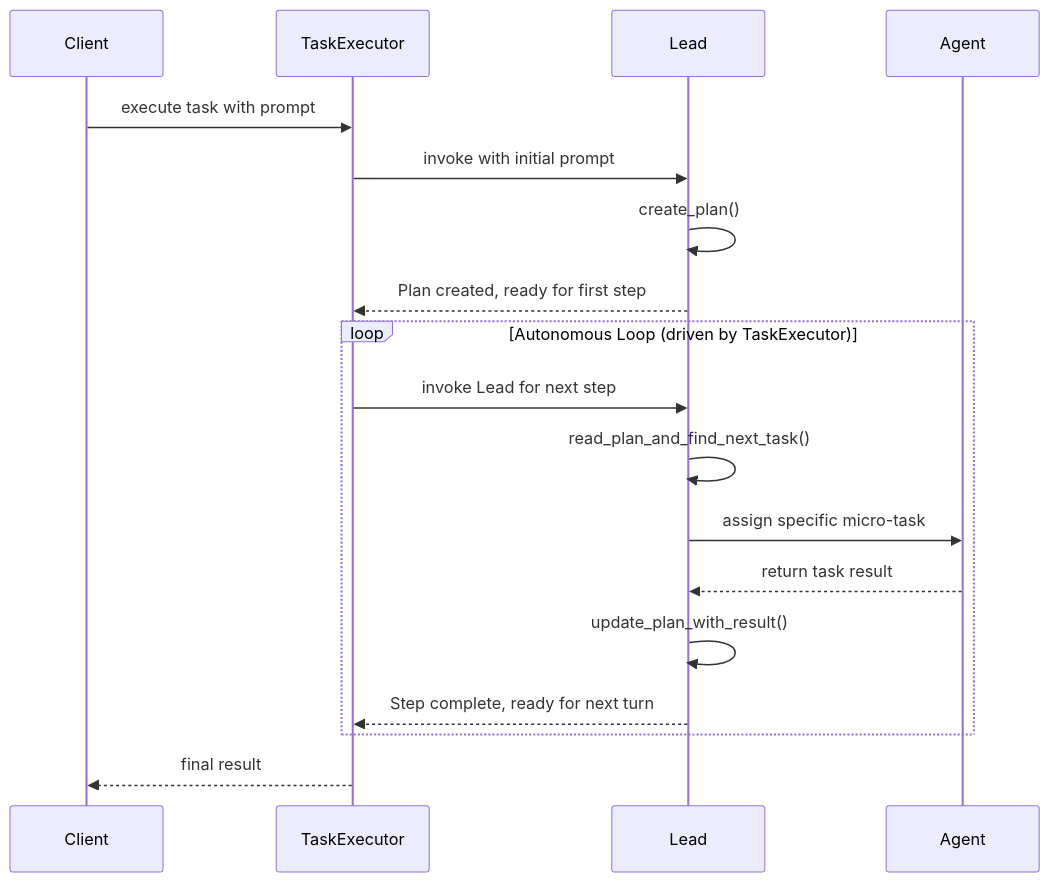
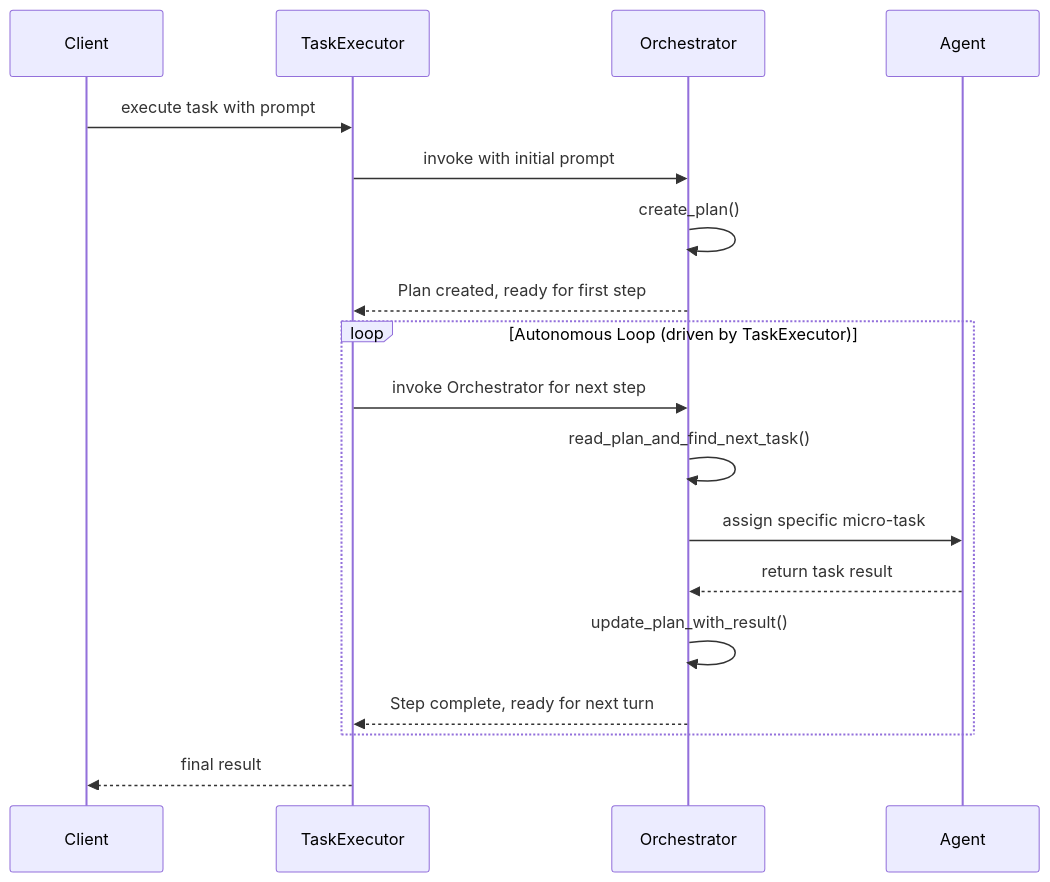
One commit to dustland/agentx changed the third of 5 diagrams in docs/content/docs/design/overview.mdx. Above: the diagram before and after it, drawn with Mermaid. The commit also changed other lines of this file and 20 other files, not shown here.

First line of the commit message:
refactor: rename Lead to Orchestrator and update related documentation

````diff
--- a/docs/content/docs/design/overview.mdx
+++ b/docs/content/docs/design/overview.mdx
@@ -185,23 +185,23 @@
 ```mermaid
 sequenceDiagram
     participant C as Client
     participant TX as TaskExecutor
-    participant L as Lead
+    participant L as Orchestrator
     participant AG as Agent
 
     C->>TX: execute task with prompt
     TX->>L: invoke with initial prompt
     L->>L: create_plan()
     L-->>TX: Plan created, ready for first step
 
     loop Autonomous Loop (driven by TaskExecutor)
-        TX->>L: invoke Lead for next step
+        TX->>L: invoke Orchestrator for next step
         L->>L: read_plan_and_find_next_task()
         L->>AG: assign specific micro-task
         AG-->>L: return task result
         L->>L: update_plan_with_result()
         L-->>TX: Step complete, ready for next turn
     end
 
     TX-->>C: final result
 ```
````
